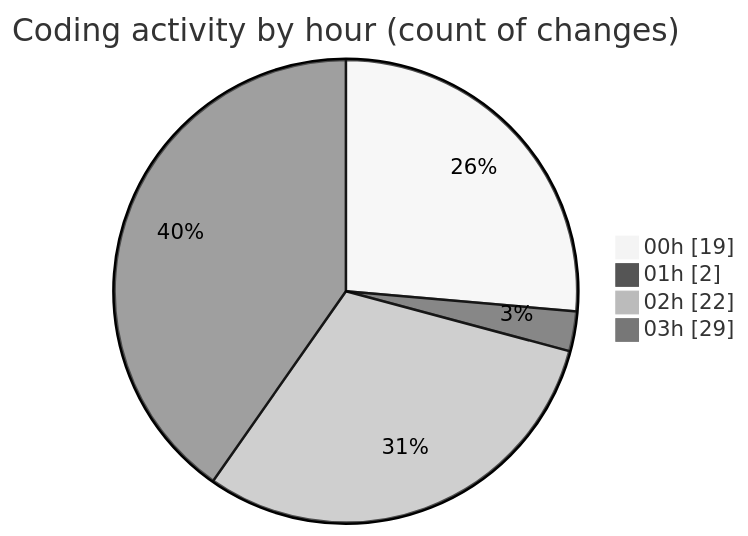
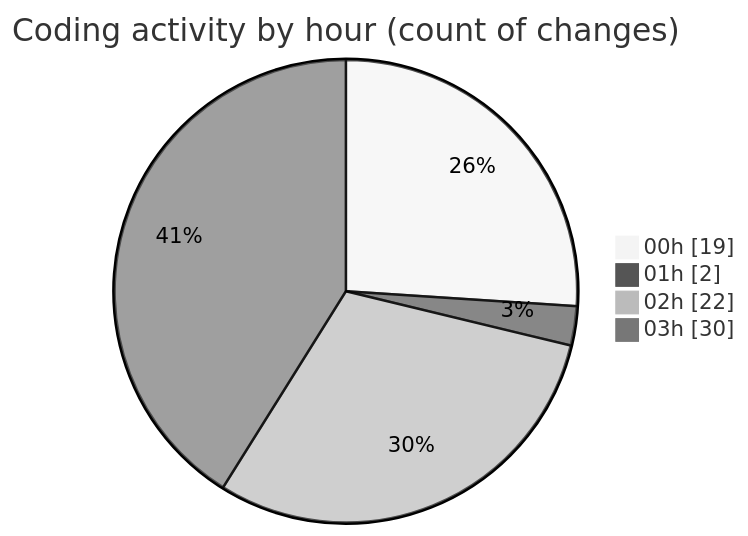
One commit to julien-gomy/code-tracking changed the second of 2 diagrams in 2025-10-21/eventscop-frontend-guide__workspace_/README.md. Above: the diagram before and after it, drawn with Mermaid (neutral theme). The commit also changed other lines of this file and 1 other file, not shown here.

````diff
--- a/2025-10-21/eventscop-frontend-guide__workspace_/README.md
+++ b/2025-10-21/eventscop-frontend-guide__workspace_/README.md
@@ -46,8 +46,8 @@
 ```mermaid
 pie showData
 title Coding activity by hour (count of changes)
 "00h" : 19
 "01h" : 2
 "02h" : 22
-"03h" : 29
+"03h" : 30
 ```
````
